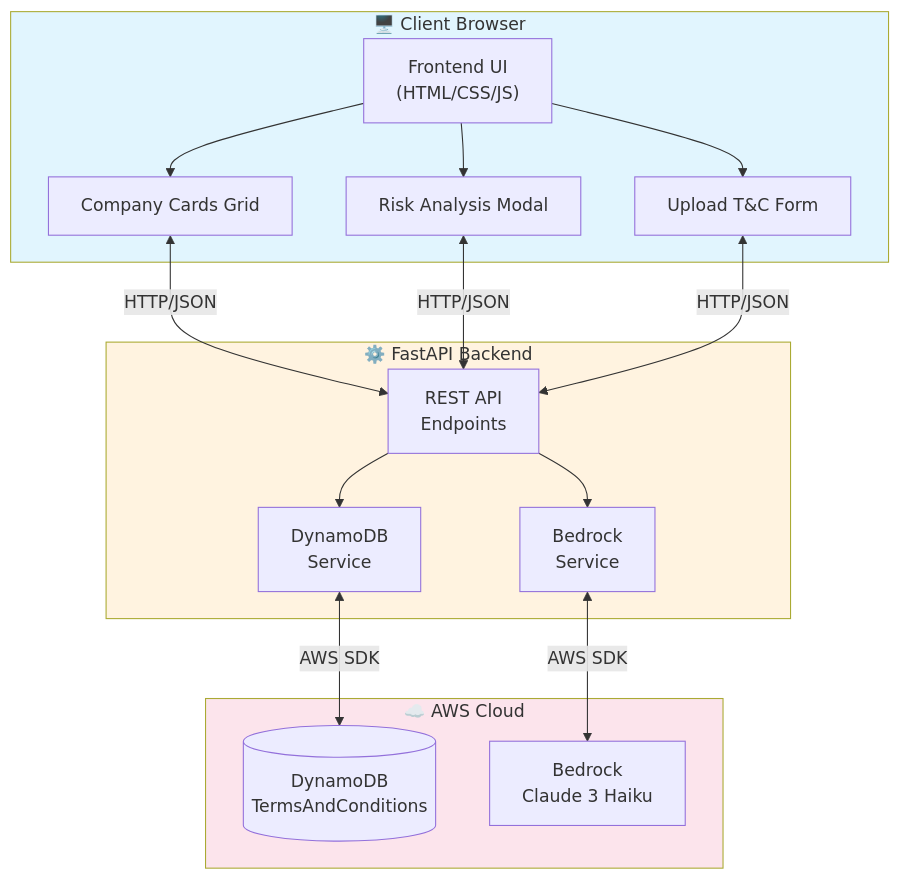
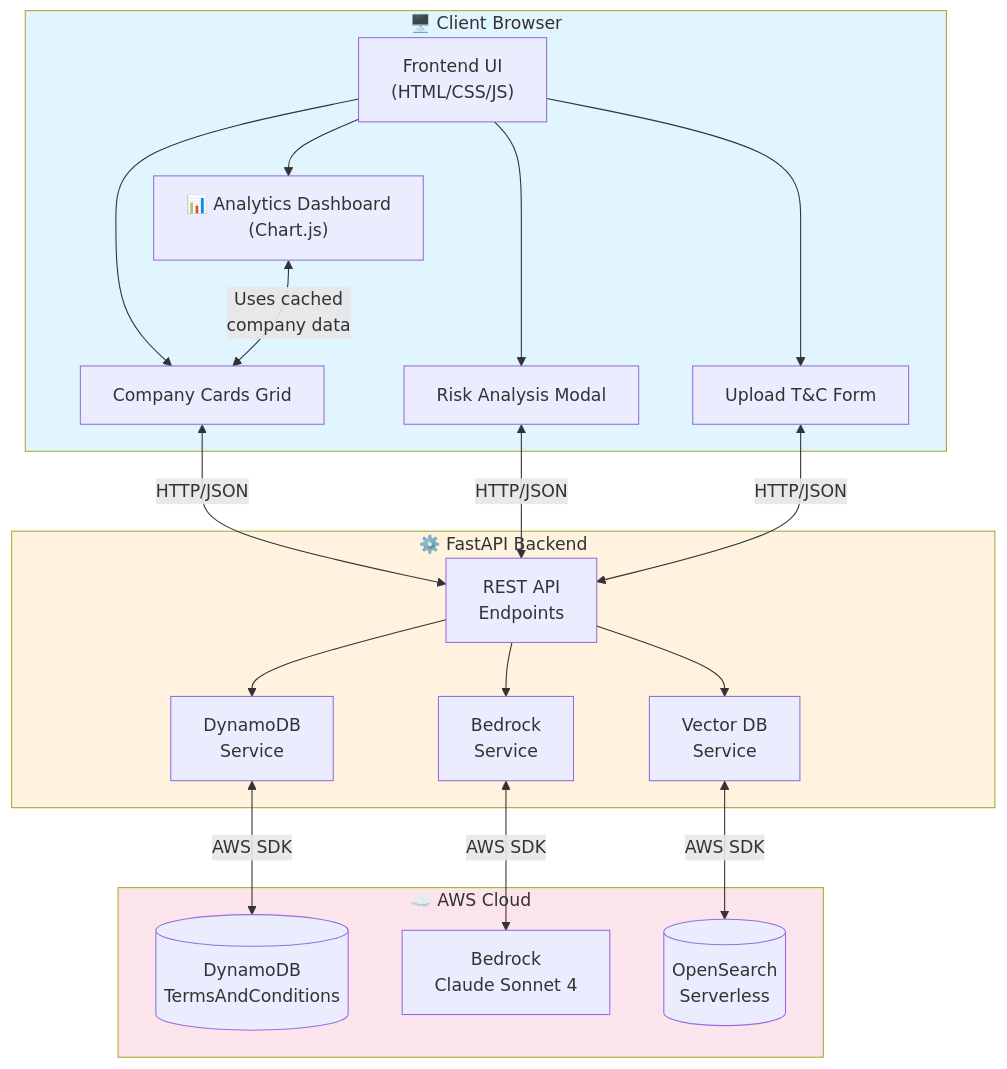
One commit to AlmazErmilov/aws-hack-prototype-terms-and-conditions-ass changed the first of 11 diagrams in README.md. Above: the diagram before and after it, drawn with Mermaid. The commit also changed other lines of this file and 8 other files, not shown here.

First line of the commit message:
feat(frontend): add analytics dashboard with Chart.js visualizations

````diff
--- a/README.md
+++ b/README.md
@@ -16,38 +16,45 @@
 ```mermaid
 flowchart TB
     subgraph Client["🖥️ Client Browser"]
         UI["Frontend UI<br/>(HTML/CSS/JS)"]
         Cards["Company Cards Grid"]
         Modal["Risk Analysis Modal"]
         Form["Upload T&C Form"]
+        Analytics["📊 Analytics Dashboard<br/>(Chart.js)"]
     end
 
     subgraph Backend["⚙️ FastAPI Backend"]
         API["REST API<br/>Endpoints"]
         DBS["DynamoDB<br/>Service"]
         BRS["Bedrock<br/>Service"]
+        VDS["Vector DB<br/>Service"]
     end
 
     subgraph AWS["☁️ AWS Cloud"]
         DDB[("DynamoDB<br/>TermsAndConditions")]
-        BDK["Bedrock<br/>Claude 3 Haiku"]
+        BDK["Bedrock<br/>Claude Sonnet 4"]
+        OSS[("OpenSearch<br/>Serverless")]
     end
 
     UI --> Cards
     UI --> Modal
     UI --> Form
+    UI --> Analytics
 
     Cards <-->|"HTTP/JSON"| API
     Modal <-->|"HTTP/JSON"| API
     Form <-->|"HTTP/JSON"| API
+    Analytics <-->|"Uses cached<br/>company data"| Cards
 
     API --> DBS
     API --> BRS
+    API --> VDS
 
     DBS <-->|"AWS SDK"| DDB
     BRS <-->|"AWS SDK"| BDK
+    VDS <-->|"AWS SDK"| OSS
 
     style Client fill:#e1f5fe
     style Backend fill:#fff3e0
     style AWS fill:#fce4ec
 ```
````
